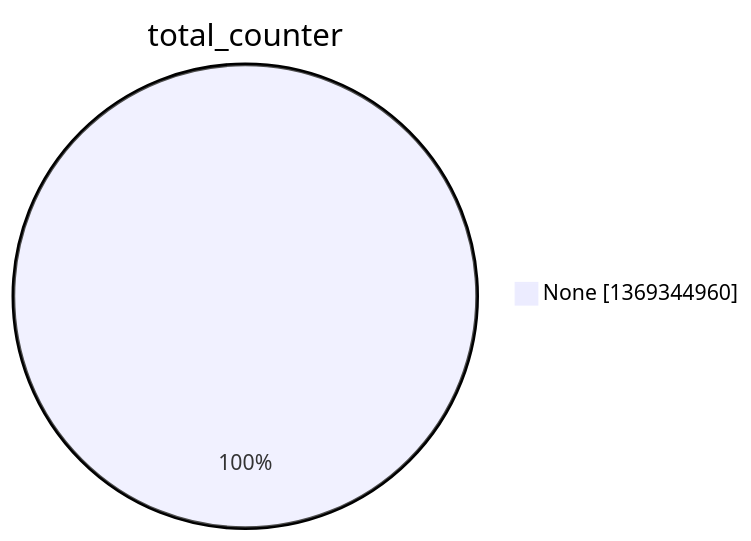
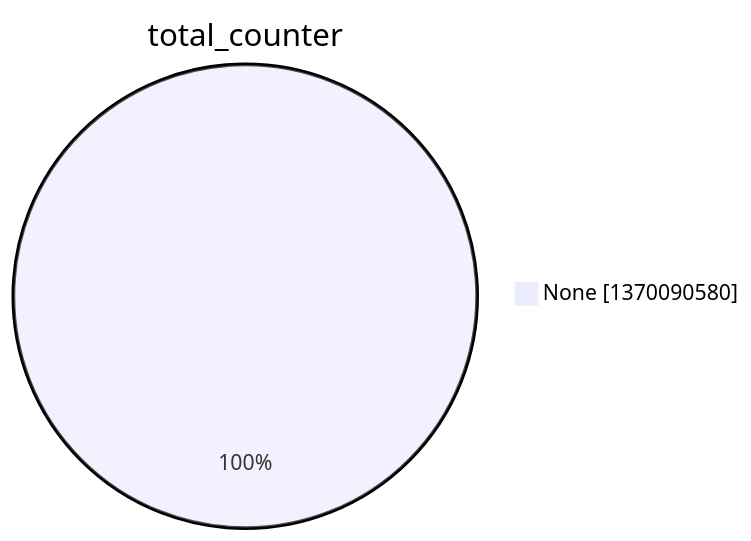
Before and after one commit to christiankrug/ctmonitor_visualization: the second of 15 diagrams in argon2022/README.md, drawn with Mermaid. The commit also changed other lines of this file, not shown here.

````diff
--- a/argon2022/README.md
+++ b/argon2022/README.md
@@ -9,5 +9,5 @@
 ```mermaid
 pie showData
 title total_counter
-"None" :1369344960
+"None" :1370090580
 ```
````
